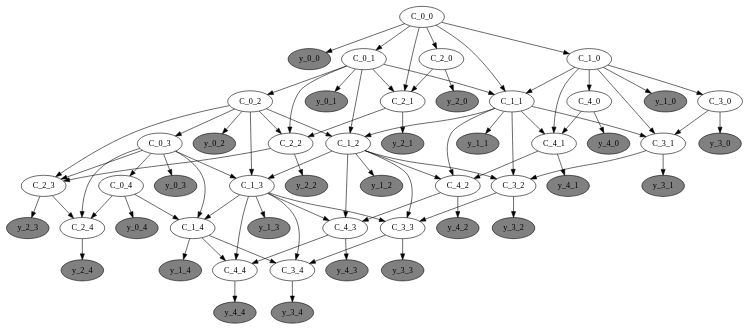
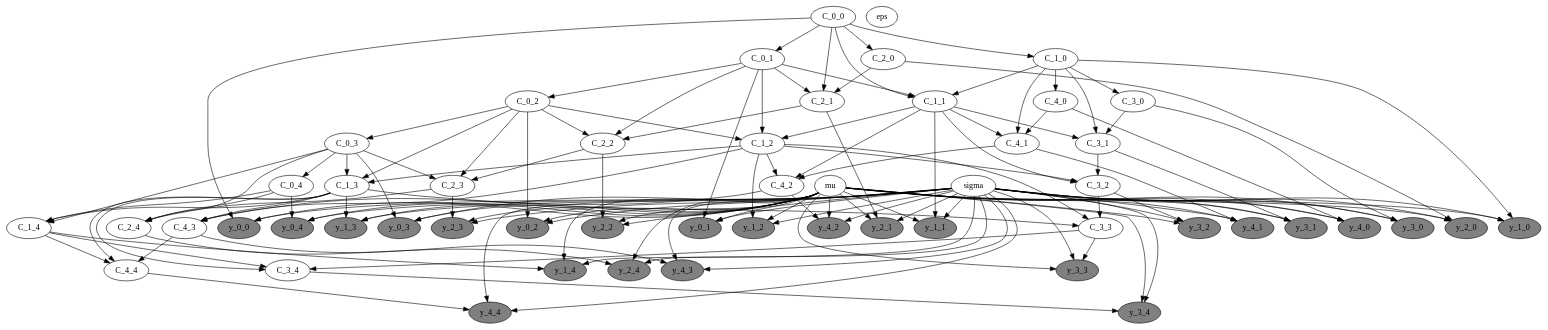
One commit to Lagergren-Lab/victree changed the diagram in fig/graph.gv. Above: the diagram before and after it, drawn with Graphviz. The commit also changed 3 other files, not shown here.

```diff
--- a/fig/graph.gv
+++ b/fig/graph.gv
@@ -1,133 +1,186 @@
 digraph {
+	mu [label=mu fillcolor=white shape=ellipse style=filled]
+	sigma [label=sigma fillcolor=white shape=ellipse style=filled]
+	eps [label=eps fillcolor=white shape=ellipse style=filled]
 	C_0_0 [label=C_0_0 fillcolor=white shape=ellipse style=filled]
 	y_0_0 [label=y_0_0 fillcolor=grey shape=ellipse style=filled]
 	C_0_1 [label=C_0_1 fillcolor=white shape=ellipse style=filled]
 	y_0_1 [label=y_0_1 fillcolor=grey shape=ellipse style=filled]
 	C_0_2 [label=C_0_2 fillcolor=white shape=ellipse style=filled]
 	y_0_2 [label=y_0_2 fillcolor=grey shape=ellipse style=filled]
 	C_0_3 [label=C_0_3 fillcolor=white shape=ellipse style=filled]
 	y_0_3 [label=y_0_3 fillcolor=grey shape=ellipse style=filled]
 	C_0_4 [label=C_0_4 fillcolor=white shape=ellipse style=filled]
 	y_0_4 [label=y_0_4 fillcolor=grey shape=ellipse style=filled]
 	C_1_0 [label=C_1_0 fillcolor=white shape=ellipse style=filled]
 	y_1_0 [label=y_1_0 fillcolor=grey shape=ellipse style=filled]
 	C_1_1 [label=C_1_1 fillcolor=white shape=ellipse style=filled]
 	y_1_1 [label=y_1_1 fillcolor=grey shape=ellipse style=filled]
 	C_1_2 [label=C_1_2 fillcolor=white shape=ellipse style=filled]
 	y_1_2 [label=y_1_2 fillcolor=grey shape=ellipse style=filled]
 	C_1_3 [label=C_1_3 fillcolor=white shape=ellipse style=filled]
 	y_1_3 [label=y_1_3 fillcolor=grey shape=ellipse style=filled]
 	C_1_4 [label=C_1_4 fillcolor=white shape=ellipse style=filled]
 	y_1_4 [label=y_1_4 fillcolor=grey shape=ellipse style=filled]
 	C_3_0 [label=C_3_0 fillcolor=white shape=ellipse style=filled]
 	y_3_0 [label=y_3_0 fillcolor=grey shape=ellipse style=filled]
 	C_3_1 [label=C_3_1 fillcolor=white shape=ellipse style=filled]
 	y_3_1 [label=y_3_1 fillcolor=grey shape=ellipse style=filled]
 	C_3_2 [label=C_3_2 fillcolor=white shape=ellipse style=filled]
 	y_3_2 [label=y_3_2 fillcolor=grey shape=ellipse style=filled]
 	C_3_3 [label=C_3_3 fillcolor=white shape=ellipse style=filled]
 	y_3_3 [label=y_3_3 fillcolor=grey shape=ellipse style=filled]
 	C_3_4 [label=C_3_4 fillcolor=white shape=ellipse style=filled]
 	y_3_4 [label=y_3_4 fillcolor=grey shape=ellipse style=filled]
 	C_4_0 [label=C_4_0 fillcolor=white shape=ellipse style=filled]
 	y_4_0 [label=y_4_0 fillcolor=grey shape=ellipse style=filled]
 	C_4_1 [label=C_4_1 fillcolor=white shape=ellipse style=filled]
 	y_4_1 [label=y_4_1 fillcolor=grey shape=ellipse style=filled]
 	C_4_2 [label=C_4_2 fillcolor=white shape=ellipse style=filled]
 	y_4_2 [label=y_4_2 fillcolor=grey shape=ellipse style=filled]
 	C_4_3 [label=C_4_3 fillcolor=white shape=ellipse style=filled]
 	y_4_3 [label=y_4_3 fillcolor=grey shape=ellipse style=filled]
 	C_4_4 [label=C_4_4 fillcolor=white shape=ellipse style=filled]
 	y_4_4 [label=y_4_4 fillcolor=grey shape=ellipse style=filled]
 	C_2_0 [label=C_2_0 fillcolor=white shape=ellipse style=filled]
 	y_2_0 [label=y_2_0 fillcolor=grey shape=ellipse style=filled]
 	C_2_1 [label=C_2_1 fillcolor=white shape=ellipse style=filled]
 	y_2_1 [label=y_2_1 fillcolor=grey shape=ellipse style=filled]
 	C_2_2 [label=C_2_2 fillcolor=white shape=ellipse style=filled]
 	y_2_2 [label=y_2_2 fillcolor=grey shape=ellipse style=filled]
 	C_2_3 [label=C_2_3 fillcolor=white shape=ellipse style=filled]
 	y_2_3 [label=y_2_3 fillcolor=grey shape=ellipse style=filled]
 	C_2_4 [label=C_2_4 fillcolor=white shape=ellipse style=filled]
 	y_2_4 [label=y_2_4 fillcolor=grey shape=ellipse style=filled]
+	mu -> y_0_0
 	C_0_0 -> y_0_0
+	sigma -> y_0_0
 	C_0_0 -> C_0_1
+	mu -> y_0_1
 	C_0_1 -> y_0_1
+	sigma -> y_0_1
 	C_0_1 -> C_0_2
+	mu -> y_0_2
 	C_0_2 -> y_0_2
+	sigma -> y_0_2
 	C_0_2 -> C_0_3
+	mu -> y_0_3
 	C_0_3 -> y_0_3
+	sigma -> y_0_3
 	C_0_3 -> C_0_4
 	C_0_4 -> y_0_4
+	mu -> y_0_4
+	sigma -> y_0_4
 	C_0_0 -> C_1_0
+	mu -> y_1_0
 	C_1_0 -> y_1_0
+	sigma -> y_1_0
+	C_0_1 -> C_1_1
 	C_0_0 -> C_1_1
 	C_1_0 -> C_1_1
-	C_0_1 -> C_1_1
+	mu -> y_1_1
 	C_1_1 -> y_1_1
+	sigma -> y_1_1
+	C_1_1 -> C_1_2
 	C_0_1 -> C_1_2
 	C_0_2 -> C_1_2
-	C_1_1 -> C_1_2
+	mu -> y_1_2
 	C_1_2 -> y_1_2
+	sigma -> y_1_2
+	C_0_3 -> C_1_3
+	C_0_2 -> C_1_3
 	C_1_2 -> C_1_3
-	C_0_2 -> C_1_3
-	C_0_3 -> C_1_3
+	mu -> y_1_3
 	C_1_3 -> y_1_3
+	sigma -> y_1_3
+	C_0_4 -> C_1_4
 	C_0_3 -> C_1_4
-	C_0_4 -> C_1_4
 	C_1_3 -> C_1_4
+	sigma -> y_1_4
+	mu -> y_1_4
 	C_1_4 -> y_1_4
 	C_1_0 -> C_3_0
+	sigma -> y_3_0
+	mu -> y_3_0
 	C_3_0 -> y_3_0
 	C_3_0 -> C_3_1
 	C_1_0 -> C_3_1
 	C_1_1 -> C_3_1
+	mu -> y_3_1
 	C_3_1 -> y_3_1
+	sigma -> y_3_1
+	C_3_1 -> C_3_2
 	C_1_2 -> C_3_2
-	C_3_1 -> C_3_2
 	C_1_1 -> C_3_2
+	mu -> y_3_2
 	C_3_2 -> y_3_2
+	sigma -> y_3_2
 	C_3_2 -> C_3_3
+	C_1_2 -> C_3_3
 	C_1_3 -> C_3_3
-	C_1_2 -> C_3_3
+	sigma -> y_3_3
+	mu -> y_3_3
 	C_3_3 -> y_3_3
+	C_1_4 -> C_3_4
+	C_3_3 -> C_3_4
 	C_1_3 -> C_3_4
-	C_3_3 -> C_3_4
-	C_1_4 -> C_3_4
+	mu -> y_3_4
 	C_3_4 -> y_3_4
+	sigma -> y_3_4
 	C_1_0 -> C_4_0
+	mu -> y_4_0
 	C_4_0 -> y_4_0
+	sigma -> y_4_0
+	C_4_0 -> C_4_1
 	C_1_0 -> C_4_1
-	C_4_0 -> C_4_1
 	C_1_1 -> C_4_1
 	C_4_1 -> y_4_1
+	mu -> y_4_1
+	sigma -> y_4_1
 	C_4_1 -> C_4_2
 	C_1_2 -> C_4_2
 	C_1_1 -> C_4_2
+	mu -> y_4_2
 	C_4_2 -> y_4_2
+	sigma -> y_4_2
+	C_4_2 -> C_4_3
+	C_1_2 -> C_4_3
 	C_1_3 -> C_4_3
-	C_1_2 -> C_4_3
-	C_4_2 -> C_4_3
+	mu -> y_4_3
 	C_4_3 -> y_4_3
+	sigma -> y_4_3
 	C_4_3 -> C_4_4
+	C_1_4 -> C_4_4
 	C_1_3 -> C_4_4
-	C_1_4 -> C_4_4
 	C_4_4 -> y_4_4
+	mu -> y_4_4
+	sigma -> y_4_4
 	C_0_0 -> C_2_0
+	mu -> y_2_0
 	C_2_0 -> y_2_0
+	sigma -> y_2_0
+	C_0_1 -> C_2_1
 	C_0_0 -> C_2_1
 	C_2_0 -> C_2_1
-	C_0_1 -> C_2_1
 	C_2_1 -> y_2_1
+	mu -> y_2_1
+	sigma -> y_2_1
+	C_0_1 -> C_2_2
 	C_2_1 -> C_2_2
-	C_0_1 -> C_2_2
 	C_0_2 -> C_2_2
+	sigma -> y_2_2
+	mu -> y_2_2
 	C_2_2 -> y_2_2
+	C_0_3 -> C_2_3
 	C_2_2 -> C_2_3
 	C_0_2 -> C_2_3
-	C_0_3 -> C_2_3
 	C_2_3 -> y_2_3
-	C_0_4 -> C_2_4
+	mu -> y_2_3
+	sigma -> y_2_3
 	C_2_3 -> C_2_4
 	C_0_3 -> C_2_4
+	C_0_4 -> C_2_4
+	sigma -> y_2_4
+	mu -> y_2_4
 	C_2_4 -> y_2_4
 }
```
